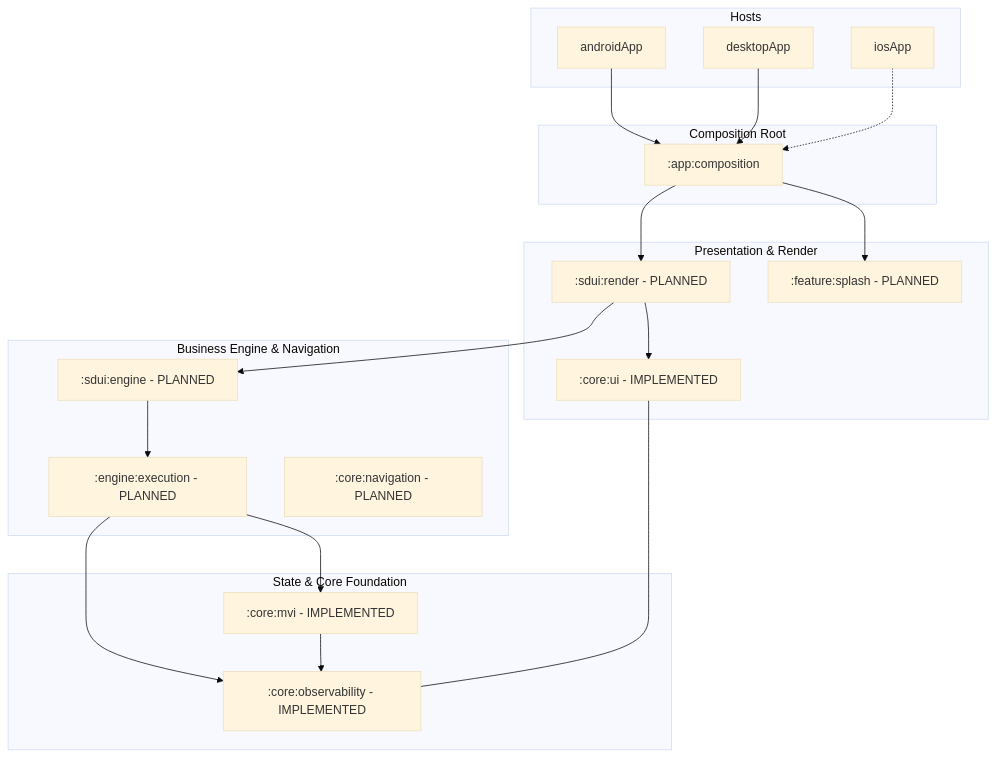
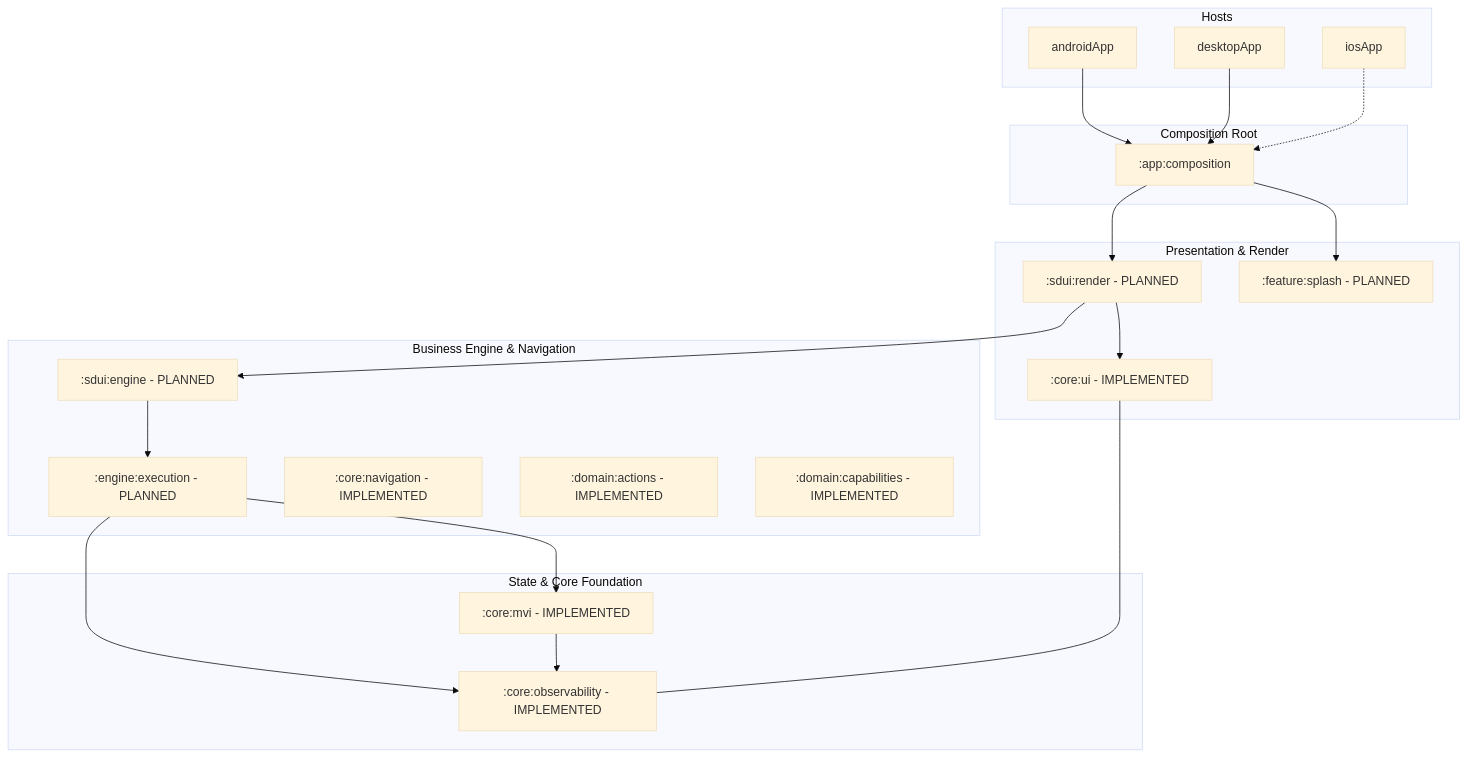
One commit to LalitDev2305/CarBroz-Partner-New changed the diagram in README.md. Above: the diagram before and after it, drawn with Mermaid (base theme). The commit also changed other lines of this file and 29 other files, not shown here.

Commit message:
feat(capabilities): establish platform capability domain

````diff
--- a/README.md
+++ b/README.md
@@ -112,42 +113,45 @@
 ```mermaid
 graph TD
     subgraph Hosts
         A[androidApp]
         D[desktopApp]
         I[iosApp]
     end
 
     subgraph Composition Root
         C[:app:composition]
     end
 
     subgraph Presentation & Render
         S[:sdui:render - PLANNED]
         UI[:core:ui - IMPLEMENTED]
         F[:feature:splash - PLANNED]
     end
 
     subgraph Business Engine & Navigation
         SE[:sdui:engine - PLANNED]
         CR[:engine:execution - PLANNED]
-        CN[:core:navigation - PLANNED]
+        CN[:core:navigation - IMPLEMENTED]
+        ACT[:domain:actions - IMPLEMENTED]
+        CAP[:domain:capabilities - IMPLEMENTED]
     end
+
 
     subgraph State & Core Foundation
         MVI[:core:mvi - IMPLEMENTED]
         OBS[:core:observability - IMPLEMENTED]
     end
 
     A --> C
     D --> C
     I -.-> C
     C --> F
     C --> S
     S --> SE
     S --> UI
     SE --> CR
     CR --> MVI
     CR --> OBS
     MVI --> OBS
     UI --- OBS
 ```
````
